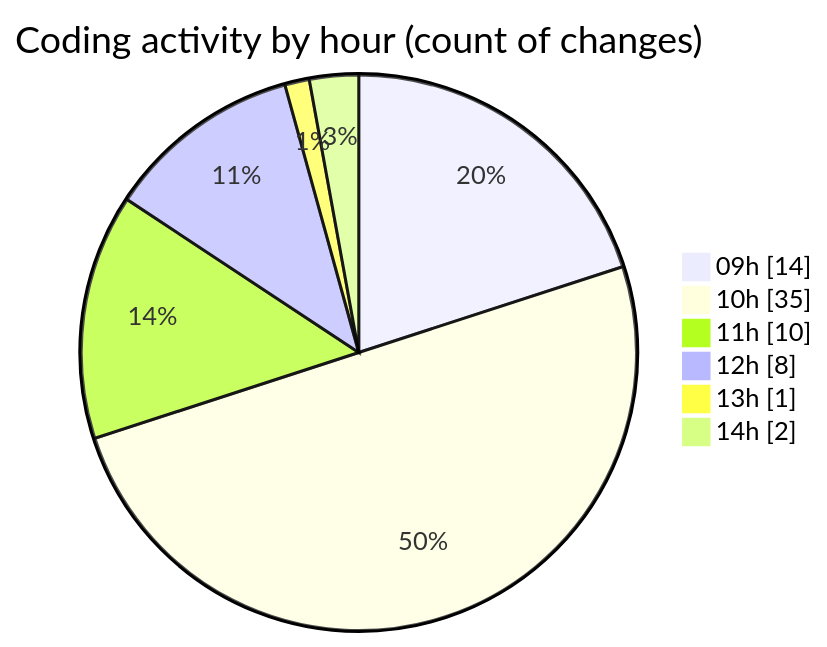
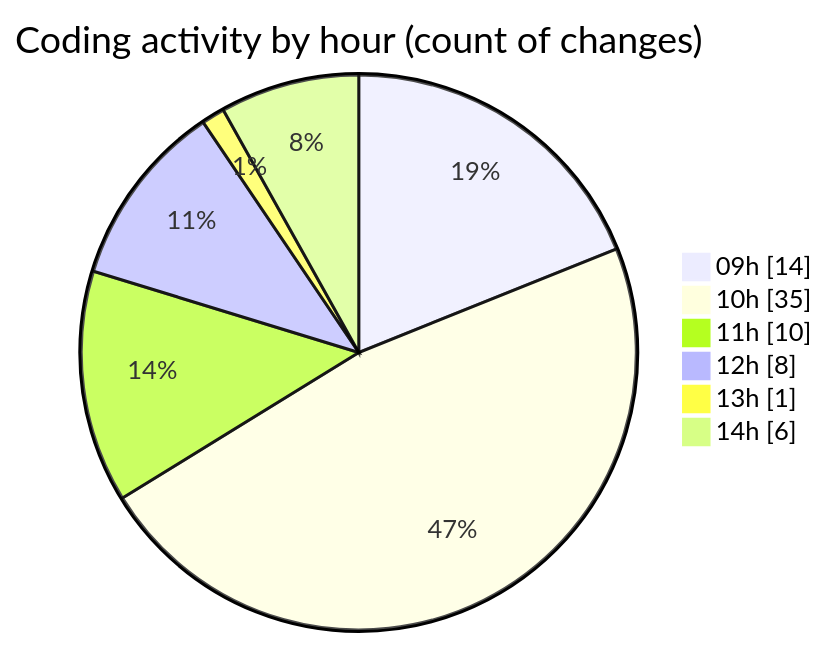
One commit to momahboobian/code-tracking changed the second of 2 diagrams in 2025-11-10/cda/README.md. Above: the diagram before and after it, drawn with Mermaid. The commit also changed other lines of this file and 1 other file, not shown here.

````diff
--- a/2025-11-10/cda/README.md
+++ b/2025-11-10/cda/README.md
@@ -52,10 +53,10 @@
 ```mermaid
 pie showData
 title Coding activity by hour (count of changes)
 "09h" : 14
 "10h" : 35
 "11h" : 10
 "12h" : 8
 "13h" : 1
-"14h" : 2
+"14h" : 6
 ```
````
